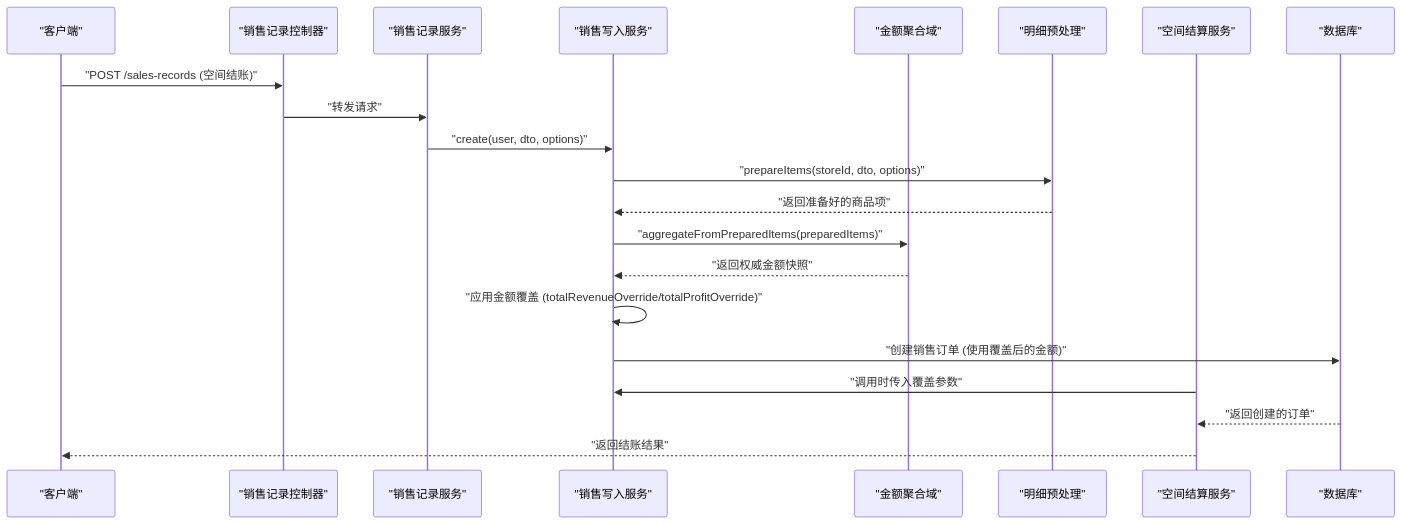
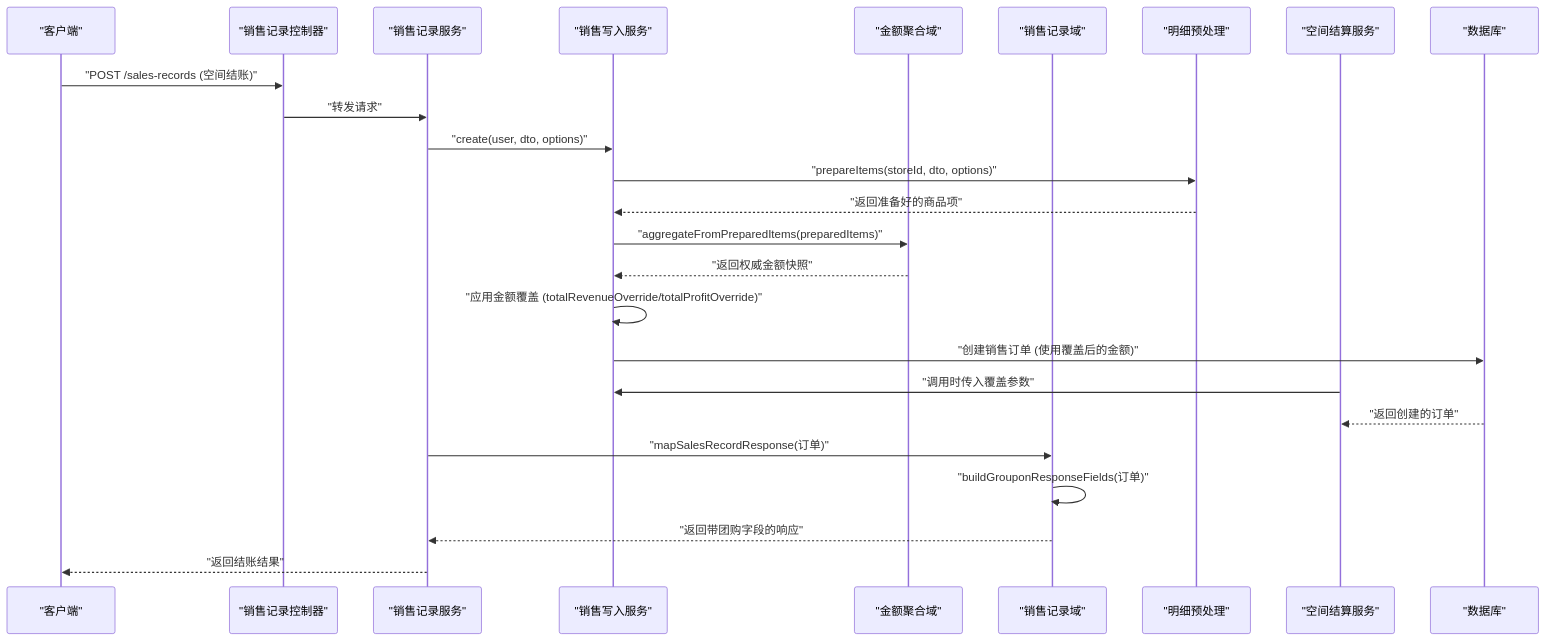
Before and after one commit to rc558620/purelyprofit-server: the second of 6 diagrams in .qoder/repowiki/zh/content/业务模块/运营管理模块/销售管理.md, drawn with Mermaid. The commit also changed other lines of this file and 117 other files, not shown here.

````diff
--- a/.qoder/repowiki/zh/content/业务模块/运营管理模块/销售管理.md
+++ b/.qoder/repowiki/zh/content/业务模块/运营管理模块/销售管理.md
@@ -196,23 +201,27 @@
 ```mermaid
 sequenceDiagram
 participant C as "客户端"
 participant CTRL as "销售记录控制器"
 participant SVC as "销售记录服务"
 participant WRITE as "销售写入服务"
 participant AMOUNTS as "金额聚合域"
+participant DOMAIN as "销售记录域"
 participant PREP as "明细预处理"
 participant SPACE as "空间结算服务"
 participant DB as "数据库"
 C->>CTRL : "POST /sales-records (空间结账)"
 CTRL->>SVC : "转发请求"
 SVC->>WRITE : "create(user, dto, options)"
 WRITE->>PREP : "prepareItems(storeId, dto, options)"
 PREP-->>WRITE : "返回准备好的商品项"
 WRITE->>AMOUNTS : "aggregateFromPreparedItems(preparedItems)"
 AMOUNTS-->>WRITE : "返回权威金额快照"
 WRITE->>WRITE : "应用金额覆盖 (totalRevenueOverride/totalProfitOverride)"
 WRITE->>DB : "创建销售订单 (使用覆盖后的金额)"
 SPACE->>WRITE : "调用时传入覆盖参数"
 DB-->>SPACE : "返回创建的订单"
-SPACE-->>C : "返回结账结果"
+SVC->>DOMAIN : "mapSalesRecordResponse(订单)"
+DOMAIN->>DOMAIN : "buildGrouponResponseFields(订单)"
+DOMAIN-->>SVC : "返回带团购字段的响应"
+SVC-->>C : "返回结账结果"
 ```
````
